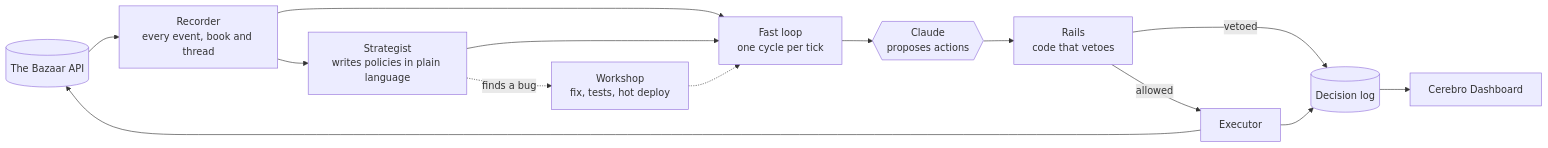
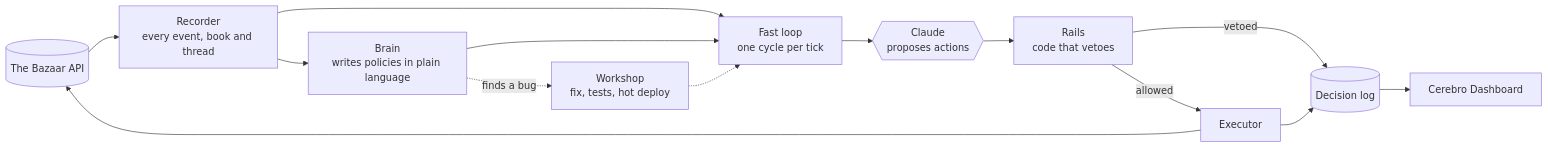
The diagram in README.md (aaangelmartin/Cerebro), drawn with Mermaid before and after one commit. The commit also changed other lines of this file and 3 other files, not shown here.

````diff
--- a/README.md
+++ b/README.md
@@ -47,14 +47,14 @@
 ```mermaid
 flowchart LR
   G[(The Bazaar API)] --> R[Recorder<br/>every event, book and thread]
-  R --> S[Strategist<br/>writes policies in plain language]
+  R --> S[Brain<br/>writes policies in plain language]
   R --> L[Fast loop<br/>one cycle per tick]
   S --> L
   L --> M{{Claude<br/>proposes actions}}
   M --> RA[Rails<br/>code that vetoes]
   RA -->|allowed| X[Executor] --> G
   RA -->|vetoed| D[(Decision log)]
   X --> D
   D --> UI[Cerebro Dashboard]
   S -. finds a bug .-> W[Workshop<br/>fix, tests, hot deploy] -.-> L
 ```
````
